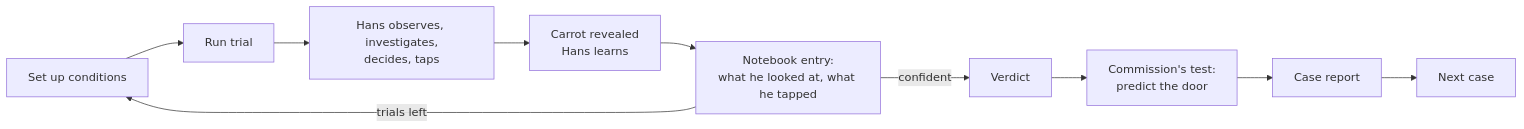
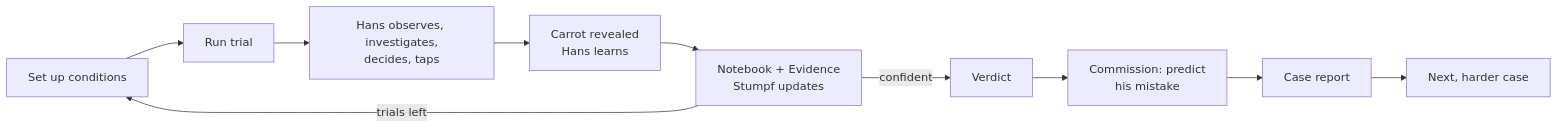
Before and after one commit to mhirez/hans: the first of 3 diagrams in docs/GAME_DESIGN.md, drawn with Mermaid. The commit also changed other lines of this file and 38 other files, not shown here.

````diff
--- a/docs/GAME_DESIGN.md
+++ b/docs/GAME_DESIGN.md
@@ -89,12 +95,12 @@
 ```mermaid
 flowchart LR
     A[Set up conditions] --> B[Run trial]
     B --> C[Hans observes, investigates,<br/>decides, taps]
     C --> D[Carrot revealed<br/>Hans learns]
-    D --> E[Notebook entry:<br/>what he looked at, what he tapped]
+    D --> E[Notebook + Evidence<br/>Stumpf updates]
     E -->|trials left| A
     E -->|confident| F[Verdict]
-    F --> G[Commission's test:<br/>predict the door]
+    F --> G[Commission: predict<br/>his mistake]
     G --> H[Case report]
-    H --> I[Next case]
+    H --> I[Next, harder case]
 ```
````
